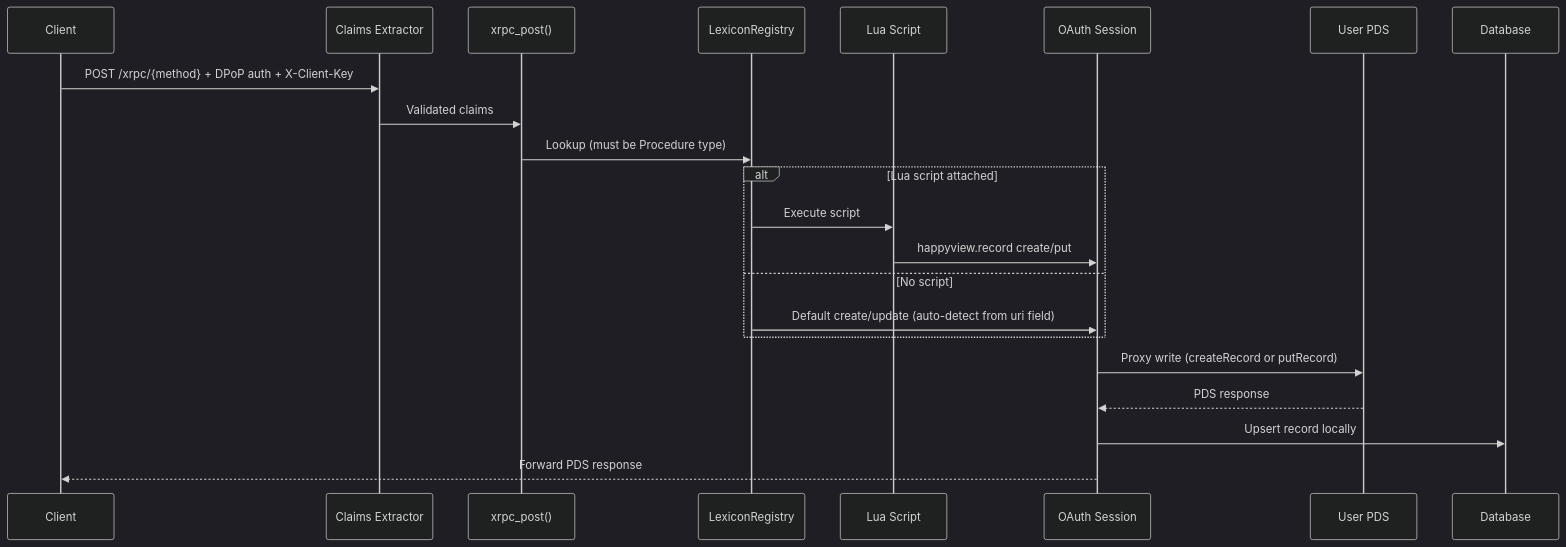
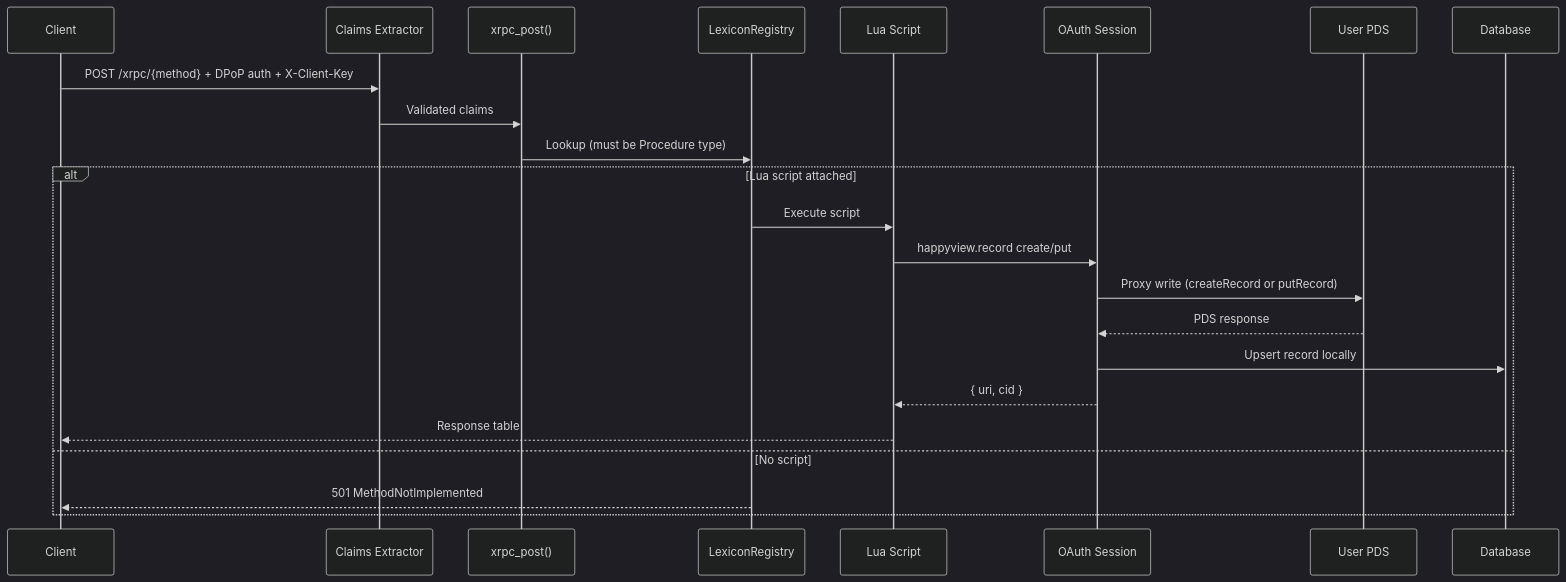
The third of 6 diagrams in packages/docs/content/docs/reference/architecture.md (gamesgamesgamesgamesgames/happyview), drawn with Mermaid (dark theme) before and after one commit. The commit also changed other lines of this file and 119 other files, not shown here.

````diff
--- a/packages/docs/content/docs/reference/architecture.md
+++ b/packages/docs/content/docs/reference/architecture.md
@@ -68,25 +70,26 @@
 ```mermaid
 sequenceDiagram
     participant C as Client
     participant A as Claims Extractor
     participant X as xrpc_post()
     participant R as LexiconRegistry
     participant L as Lua Script
     participant S as OAuth Session
     participant P as User PDS
     participant D as Database
 
     C->>A: POST /xrpc/{method} + DPoP auth + X-Client-Key
     A->>X: Validated claims
     X->>R: Lookup (must be Procedure type)
     alt Lua script attached
         R->>L: Execute script
         L->>S: happyview.record create/put
+        S->>P: Proxy write (createRecord or putRecord)
+        P-->>S: PDS response
+        S->>D: Upsert record locally
+        S-->>L: { uri, cid }
+        L-->>C: Response table
     else No script
-        R->>S: Default create/update (auto-detect from uri field)
+        R-->>C: 501 MethodNotImplemented
     end
-    S->>P: Proxy write (createRecord or putRecord)
-    P-->>S: PDS response
-    S->>D: Upsert record locally
-    S-->>C: Forward PDS response
 ```
````
